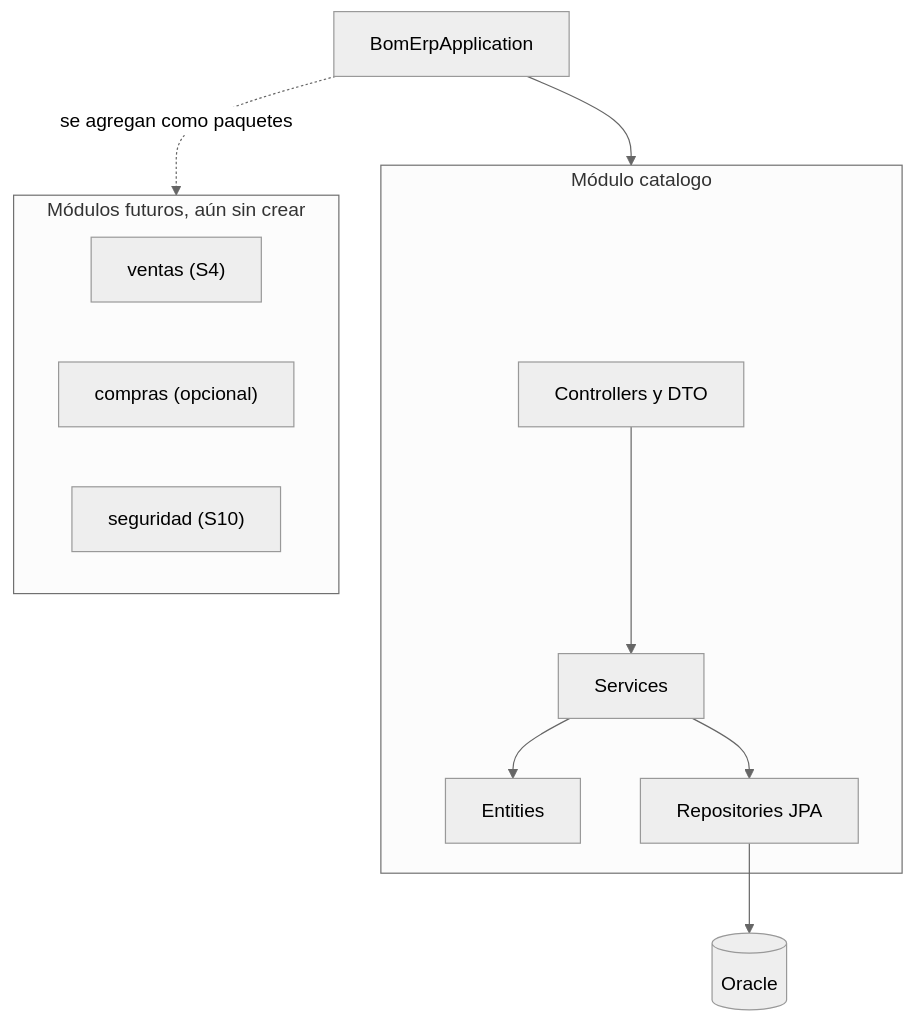
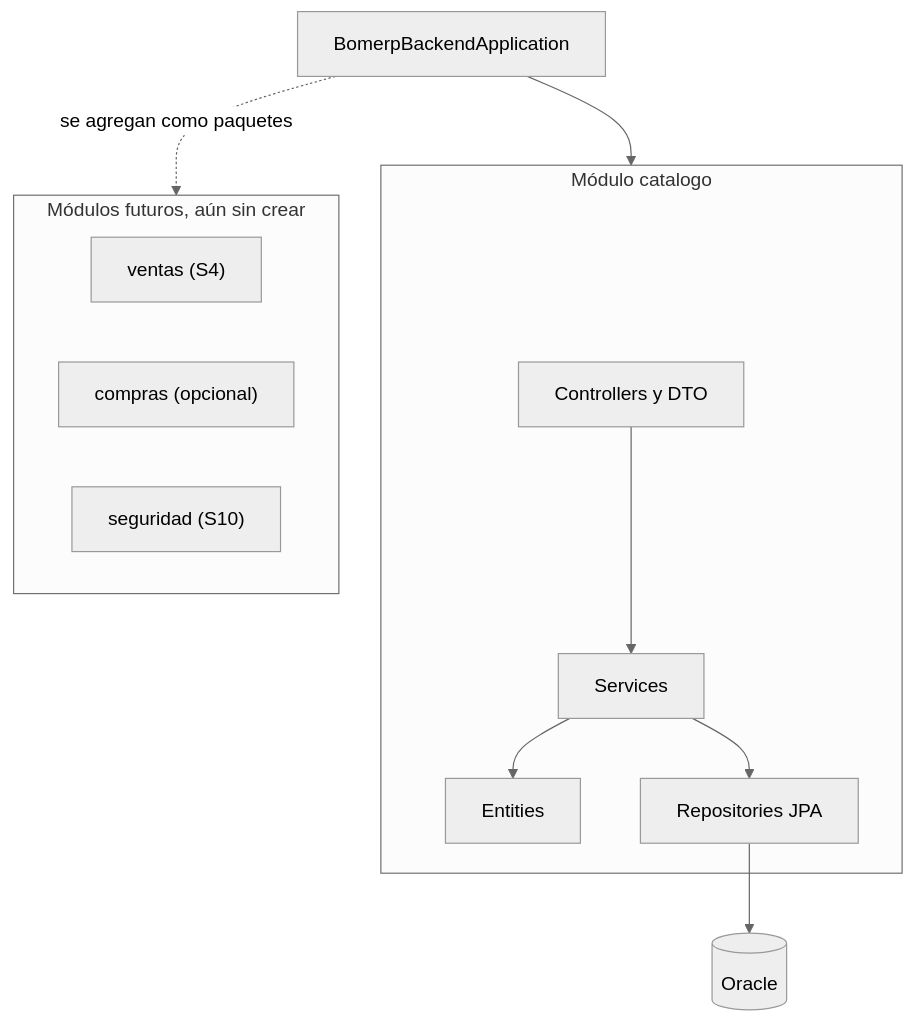
Before and after one commit to 262ciclo4/bomerp: the second of 2 diagrams in docs/lp2/sesiones/S01_Arquitectura_Backend_REST_Profesional.md, drawn with Mermaid (neutral theme). The commit also changed other lines of this file, not shown here.

````diff
--- a/docs/lp2/sesiones/S01_Arquitectura_Backend_REST_Profesional.md
+++ b/docs/lp2/sesiones/S01_Arquitectura_Backend_REST_Profesional.md
@@ -80,19 +80,19 @@
 ```mermaid
 flowchart TB
-    APP[BomErpApplication] --> CAT
+    APP[BomerpBackendApplication] --> CAT
     APP -.->|se agregan como paquetes| FUTUROS
 
     subgraph CAT["Módulo catalogo"]
         API[Controllers y DTO] --> USE[Services]
         USE --> DOM[Entities]
         USE --> INF[Repositories JPA]
     end
 
     INF --> DB[(Oracle)]
 
     subgraph FUTUROS["Módulos futuros, aún sin crear"]
         VEN["ventas (S4)"]
         COM["compras (opcional)"]
         SEG["seguridad (S10)"]
     end
 ```
````
